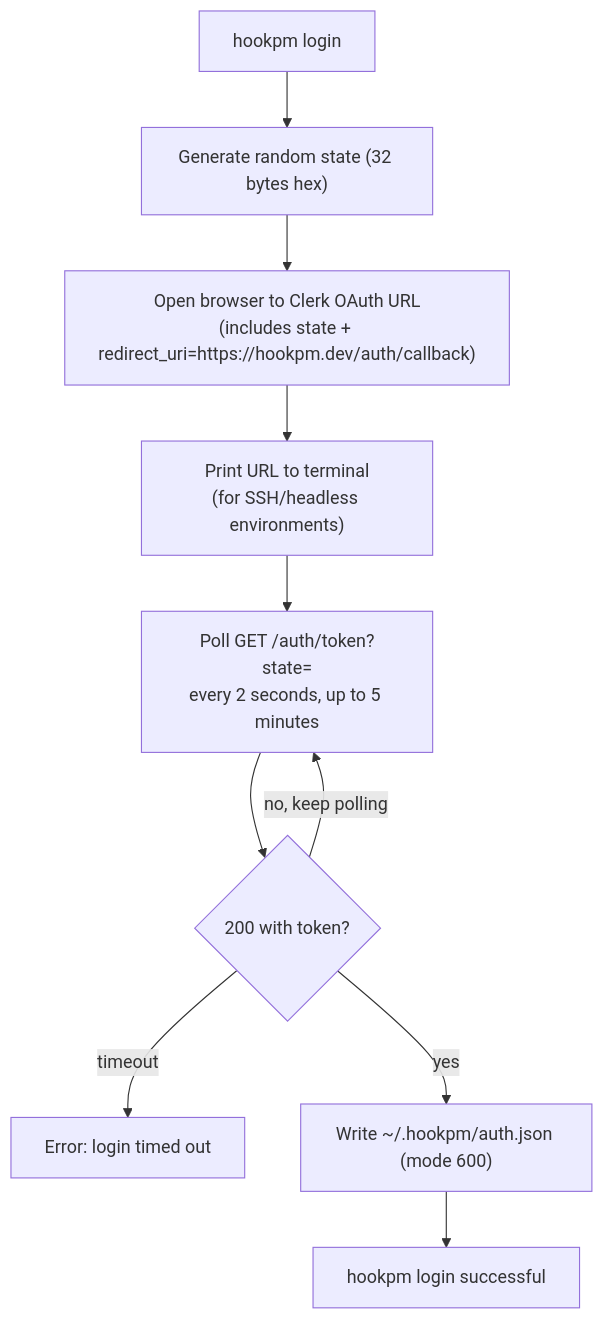
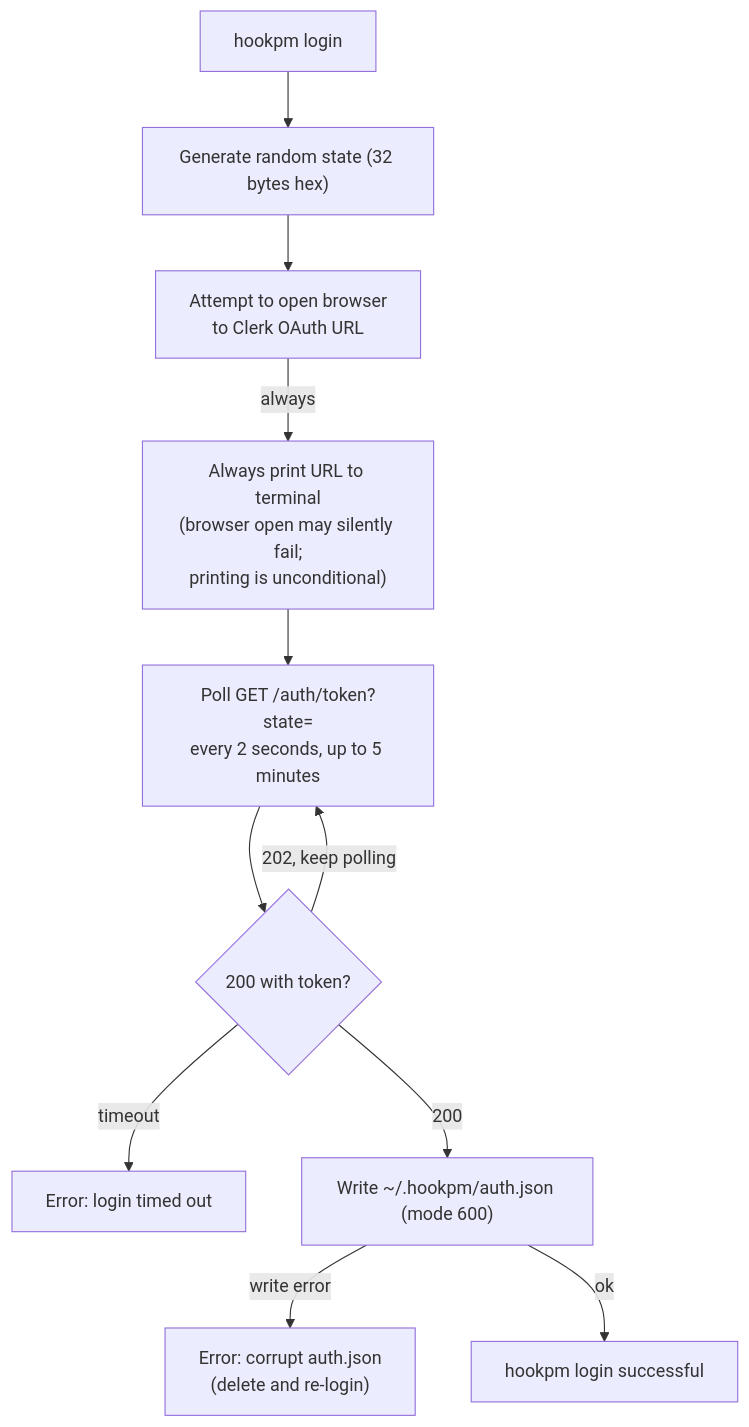
The first of 2 diagrams in docs/design/2026-03-11-login-publish.md (nafistiham/hook-marketplace), drawn with Mermaid before and after one commit. The commit also changed other lines of this file, not shown here.

Commit message:
docs(cli): resolve 8 design review warnings in login-publish design doc

````diff
--- a/docs/design/2026-03-11-login-publish.md
+++ b/docs/design/2026-03-11-login-publish.md
@@ -34,22 +34,24 @@
 ```mermaid
 flowchart TD
     Start["hookpm login"]
     GenState["Generate random state (32 bytes hex)"]
-    OpenBrowser["Open browser to Clerk OAuth URL\n(includes state + redirect_uri=https://hookpm.dev/auth/callback)"]
-    PrintURL["Print URL to terminal\n(for SSH/headless environments)"]
+    OpenBrowser["Attempt to open browser\nto Clerk OAuth URL"]
+    PrintURL["Always print URL to terminal\n(browser open may silently fail;\nprinting is unconditional)"]
     PollStart["Poll GET /auth/token?state=<state>\nevery 2 seconds, up to 5 minutes"]
     PollPending{"200 with token?"}
     PollTimeout["Error: login timed out"]
+    AuthJsonParseErr["Error: corrupt auth.json\n(delete and re-login)"]
     SaveToken["Write ~/.hookpm/auth.json (mode 600)"]
     Done["hookpm login successful"]
 
     Start --> GenState
     GenState --> OpenBrowser
-    OpenBrowser --> PrintURL
+    OpenBrowser -->|always| PrintURL
     PrintURL --> PollStart
     PollStart --> PollPending
-    PollPending -->|no, keep polling| PollStart
+    PollPending -->|202, keep polling| PollStart
     PollPending -->|timeout| PollTimeout
-    PollPending -->|yes| SaveToken
-    SaveToken --> Done
+    PollPending -->|200| SaveToken
+    SaveToken -->|write error| AuthJsonParseErr
+    SaveToken -->|ok| Done
 ```
````
